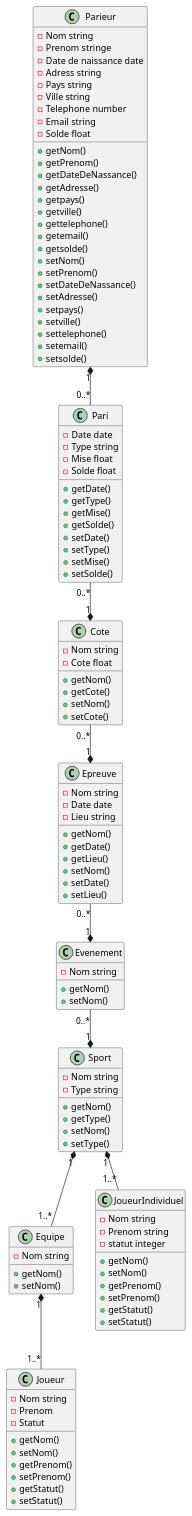
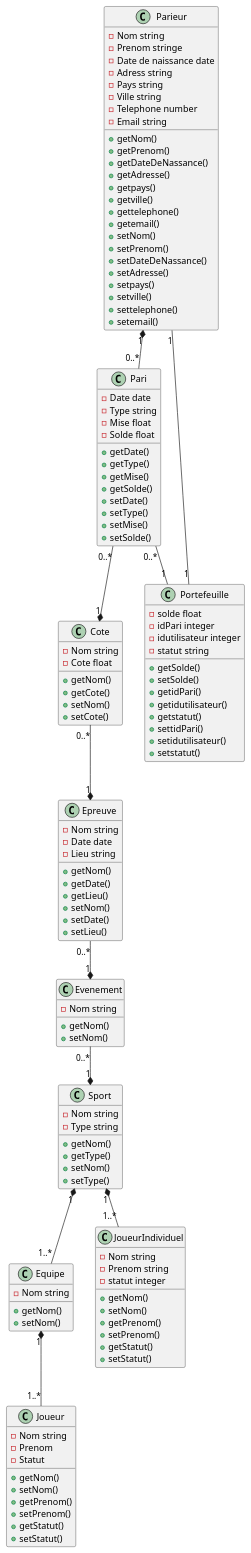
One commit to OFP-CDA-Mulhouse-2020/parisportif4 changed the diagram in pariSportif.puml. Above: the diagram before and after it, drawn with PlantUML.

```diff
--- a/pariSportif.puml
+++ b/pariSportif.puml
@@ -1,141 +1,157 @@
 @startuml
 class Parieur
 class Pari
 class Cote
 class Epreuve
 class Evenement
 class Sport
 
 Parieur "1" *-- "0..*" Pari
+Parieur "1" -- "1" Portefeuille
+Pari "0..*" -- "1" Portefeuille
 Pari "0..*" --* "1" Cote
 Cote "0..*" --* "1" Epreuve
 Epreuve "0..*" --* "1" Evenement
 Evenement "0..*" --* "1" Sport
 Sport "1"*--"1..*" Equipe
 Sport "1" *--"1..*" JoueurIndividuel
 Equipe "1" *-- "1..*" Joueur
+
 class Parieur {
     - Nom string
     - Prenom stringe
     - Date de naissance date
     - Adress string
     - Pays string
     - Ville string
     - Telephone number
     - Email string
-    - Solde float
 
     + getNom()
     + getPrenom()
     + getDateDeNassance()
     + getAdresse()
     + getpays()
     + getville()
     + gettelephone()
     + getemail()
-    + getsolde()
     + setNom()
     + setPrenom()
     + setDateDeNassance()
     + setAdresse()
     + setpays()
     + setville()
     + settelephone()
     + setemail()
-    + setsolde()
 
 }
 
 class Pari {
     - Date date
     - Type string
     - Mise float
     - Solde float
 
     + getDate()
     + getType()
     + getMise()
     + getSolde()
     + setDate()
     + setType()
     + setMise()
     + setSolde()
+}
+class Portefeuille {
+    - solde float
+    - idPari integer
+    - idutilisateur integer
+    - statut string
+    
+    + getSolde()
+    + setSolde()
+    + getidPari()
+    + getidutilisateur()
+    + getstatut()
+    + settidPari()
+    + setidutilisateur()
+    + setstatut()
+
 }
 
 class Cote {
     - Nom string
     - Cote float
 
     + getNom()
     + getCote()
     + setNom()
     + setCote()
 }
 
 class Epreuve {
     - Nom string
     - Date date
     - Lieu string
 
     + getNom()
     + getDate()
     + getLieu()
     + setNom()
     + setDate()
     + setLieu()
 
 
 }
 
 class Evenement {
     - Nom string
 
     +getNom()
     +setNom()
 }
 
 class Sport {
     - Nom string
     - Type string
 
     + getNom()
     + getType()
     + setNom()
     + setType()
 
 }
 class Equipe {
     - Nom string
-    
+
     + getNom()
     + setNom()
 }
 class Joueur {
     - Nom string
     - Prenom
     - Statut
-    
+
     + getNom()
     + setNom()
     + getPrenom()
     + setPrenom()
     + getStatut()
     + setStatut()
-    
+
 }
 class JoueurIndividuel {
     - Nom string
     - Prenom string
     - statut integer
 
     + getNom()
     + setNom()
     + getPrenom()
     + setPrenom()
     + getStatut()
     + setStatut()
-    
+
 }
 
 
 @enduml
```
